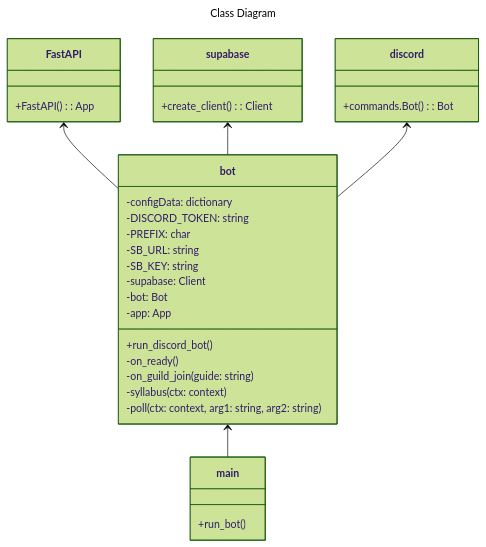
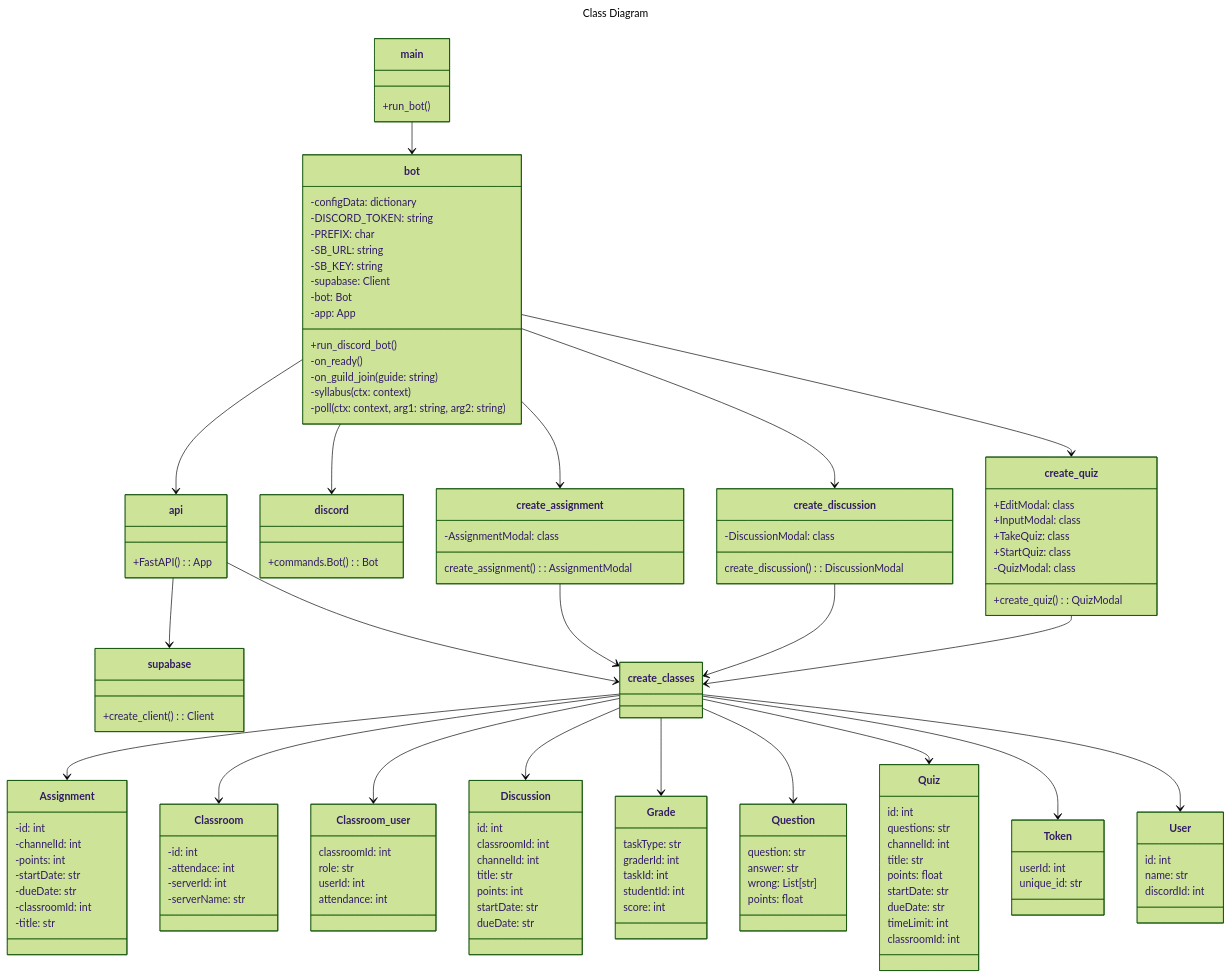
One commit to Capstone-Projects-2023-Spring/project-discord-classroom changed the first of 8 diagrams in documentation/docs/system-architecture/design.md. Above: the diagram before and after it, drawn with Mermaid (forest theme). The commit also changed other lines of this file, not shown here.

````diff
--- a/documentation/docs/system-architecture/design.md
+++ b/documentation/docs/system-architecture/design.md
@@ -11,10 +11,28 @@
 title: Class Diagram
 ---
 classDiagram
-    bot <-- main
-    FastAPI <-- bot
-    supabase <-- bot
-    discord <-- bot
+    main --> bot
+    bot --> api
+    api --> supabase
+    bot --> discord
+    create_classes --> Assignment
+    create_classes --> Classroom
+    create_classes -->  Classroom_user
+    create_classes --> Discussion
+    create_classes -->  Grade
+    create_classes --> Question
+    create_classes --> Quiz
+    create_classes --> Token
+    create_classes --> User
+    api --> create_classes
+    bot --> create_assignment
+    bot --> create_discussion
+    bot --> create_quiz
+    create_assignment --> create_classes
+    create_discussion --> create_classes
+    create_quiz --> create_classes
+
+
     class main{
         +run_bot()
     }
@@ -33,7 +51,7 @@
         -syllabus(ctx: context)
         -poll(ctx: context, arg1: string, arg2: string)
     }
-    class FastAPI{
+    class api{
         +FastAPI(): App
     }
     class supabase{
@@ -42,4 +60,84 @@
     class discord{
         +commands.Bot(): Bot
     }
+    class Assignment{
+        -id: int
+        -channelId: int
+        -points: int
+        -startDate: str
+        -dueDate: str
+        -classroomId: int
+        -title: str 
+    }
+    class Classroom{
+	    -id: int
+        -attendace: int
+        -serverId: int
+	    -serverName: str
+    }
+    class Classroom_user{
+	classroomId: int
+	role: str
+	userId: int
+	attendance: int
+    }
+    class Discussion{
+        id: int
+        classroomId: int
+        channelId: int
+        title: str
+        points: int
+        startDate: str
+        dueDate: str
+    }
+    class Grade{
+        taskType: str
+        graderId: int
+        taskId: int
+        studentId: int
+        score: int
+    }
+    class Question{
+        question: str
+        answer: str
+        wrong: List[str]
+        points: float
+    }
+    class Quiz{
+        id: int
+        questions: str
+        channelId: int
+        title: str
+        points: float
+        startDate: str
+        dueDate: str
+        timeLimit: int
+        classroomId: int
+    }
+    class Token{
+        userId: int
+        unique_id: str
+    }
+
+    class User{
+        id: int
+        name: str
+        discordId: int
+    }
+    class create_quiz{
+        +EditModal: class
+        +InputModal: class
+        +TakeQuiz: class
+        +StartQuiz: class
+        -QuizModal: class
+        +create_quiz(): QuizModal
+    }
+    class create_assignment{
+        -AssignmentModal: class
+        create_assignment(): AssignmentModal
+    }
+    class create_discussion{
+        -DiscussionModal: class
+        create_discussion(): DiscussionModal
+    }
 ```
````
